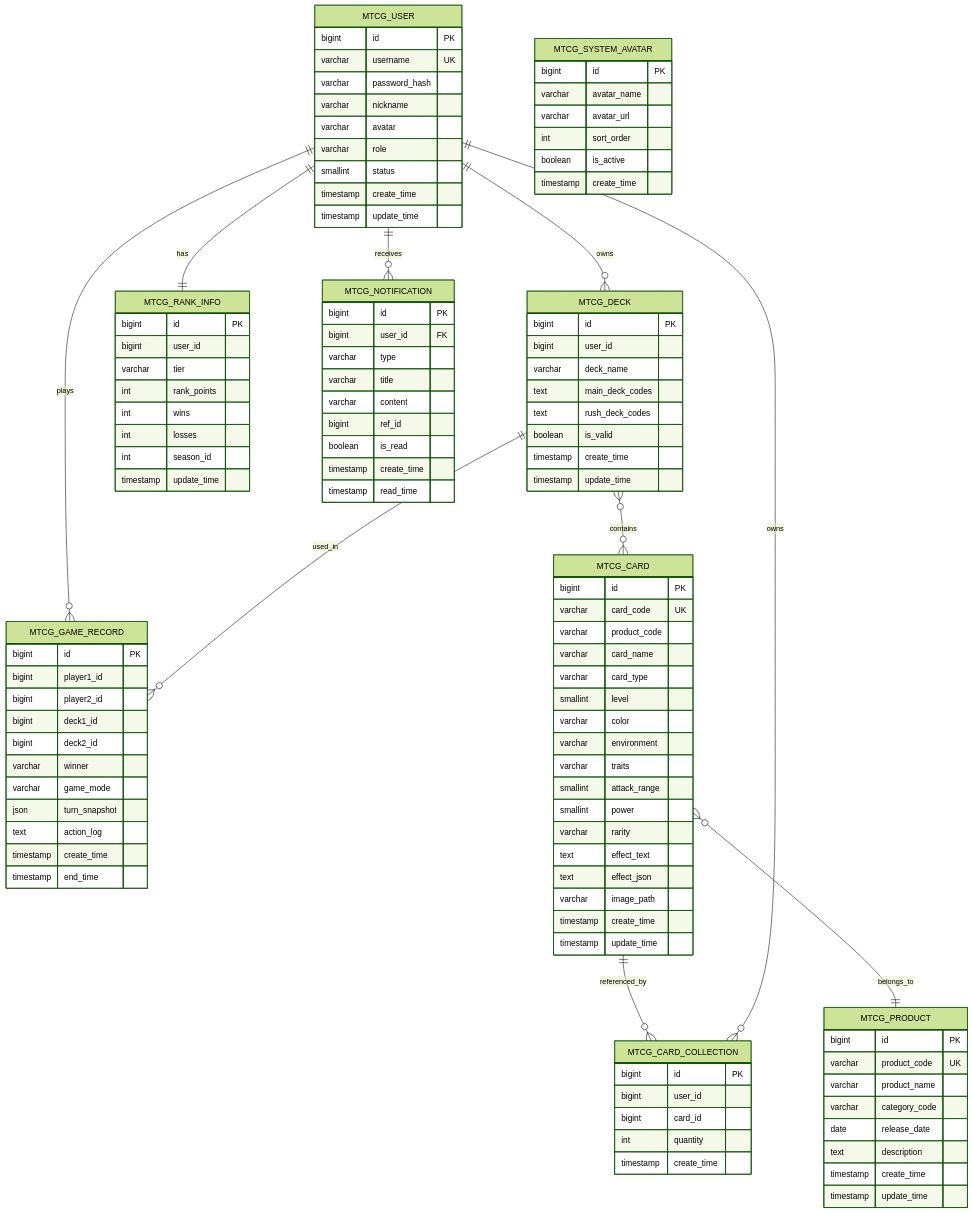
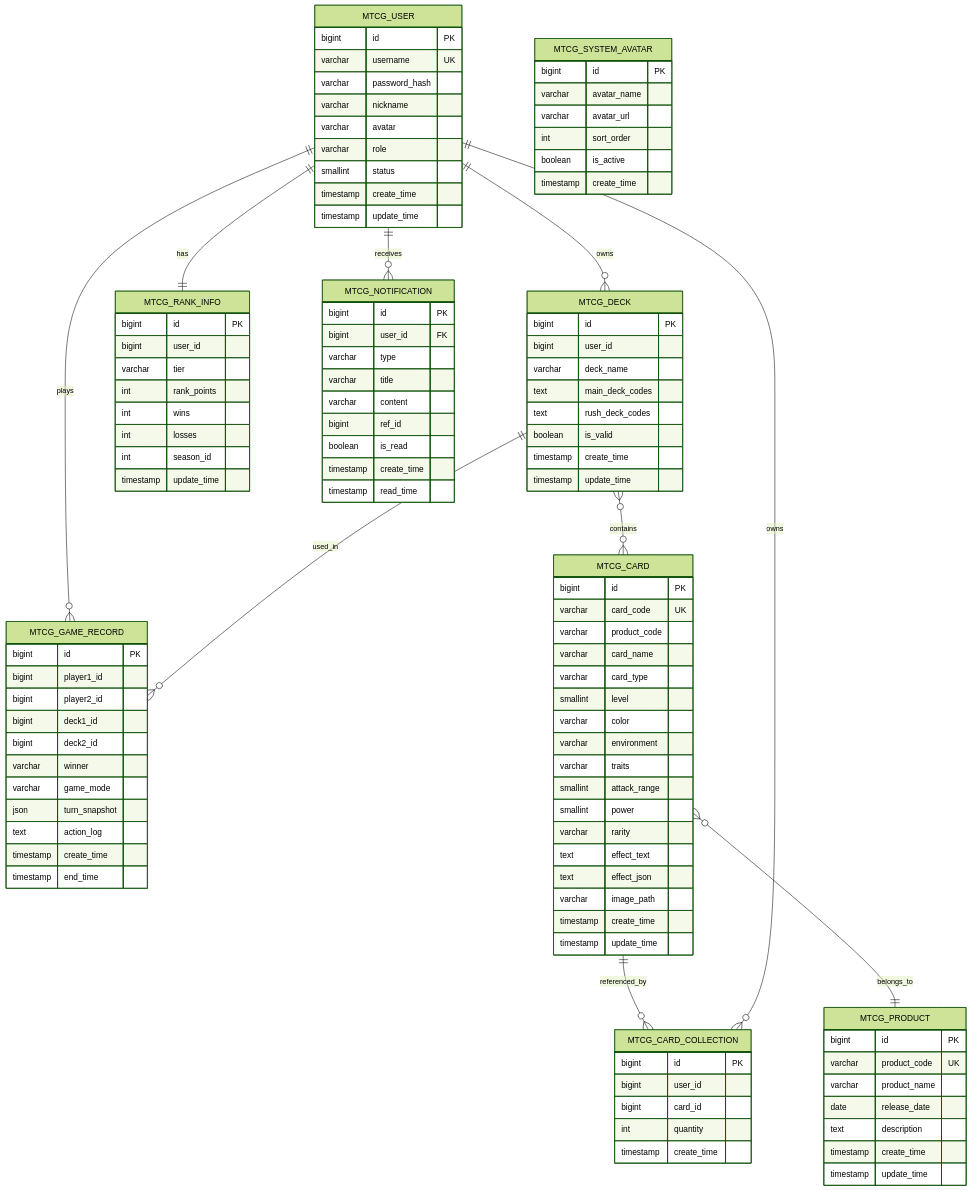
Before and after one commit to yuJunOk/mtcg: the first of 3 diagrams in docs/设计文档/02-概要设计.md, drawn with Mermaid (forest theme). The commit also changed other lines of this file and 6 other files, not shown here.

```diff
--- a/docs/设计文档/02-概要设计.md
+++ b/docs/设计文档/02-概要设计.md
@@ -211,7 +211,6 @@
         bigint id PK
         varchar product_code UK
         varchar product_name
-        varchar category_code
         date release_date
         text description
         timestamp create_time
```
